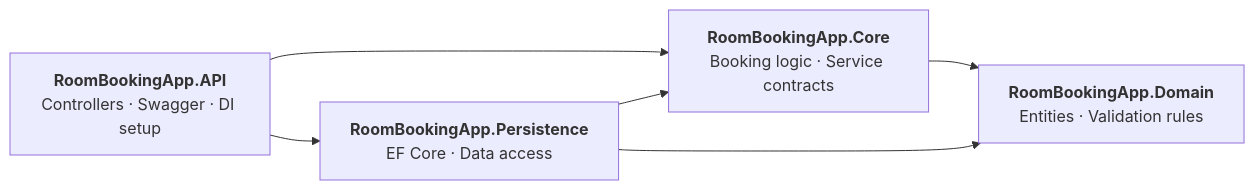
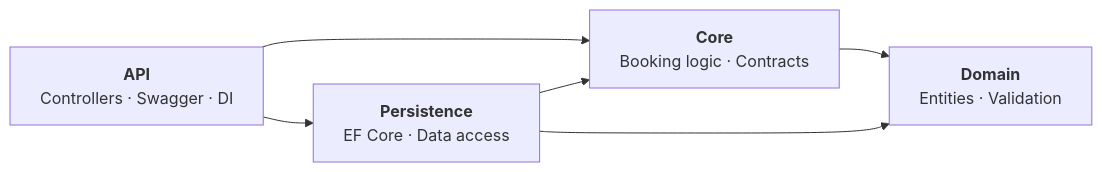
The diagram in README.md (belsaied/RoomBookingApp_TDD), drawn with Mermaid before and after one commit. The commit also changed other lines of this file, not shown here.

````diff
--- a/README.md
+++ b/README.md
@@ -39,13 +65,13 @@
 ```mermaid
 flowchart LR
-    API["<b>RoomBookingApp.API</b><br/>Controllers · Swagger · DI setup"]
-    Core["<b>RoomBookingApp.Core</b><br/>Booking logic · Service contracts"]
-    Persistence["<b>RoomBookingApp.Persistence</b><br/>EF Core · Data access"]
-    Domain["<b>RoomBookingApp.Domain</b><br/>Entities · Validation rules"]
+    API["<b>API</b><br/>Controllers · Swagger · DI"]
+    Core["<b>Core</b><br/>Booking logic · Contracts"]
+    Persistence["<b>Persistence</b><br/>EF Core · Data access"]
+    Domain["<b>Domain</b><br/>Entities · Validation"]
 
     API --> Core
     API --> Persistence
     Persistence --> Core
     Persistence --> Domain
     Core --> Domain
 ```
````
